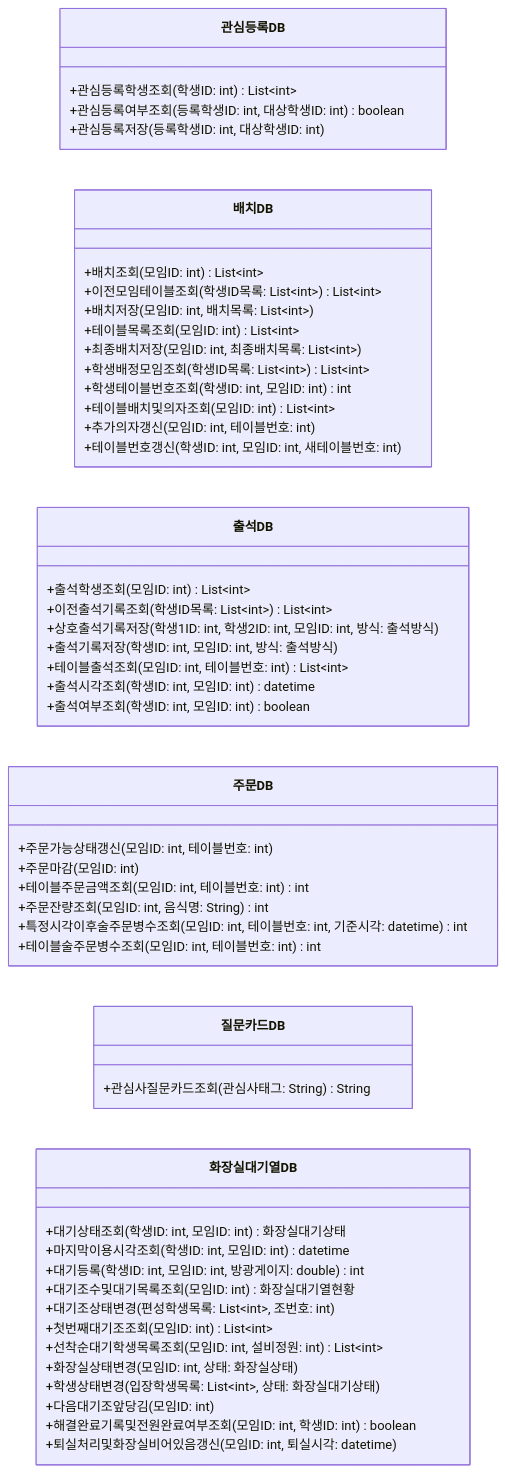
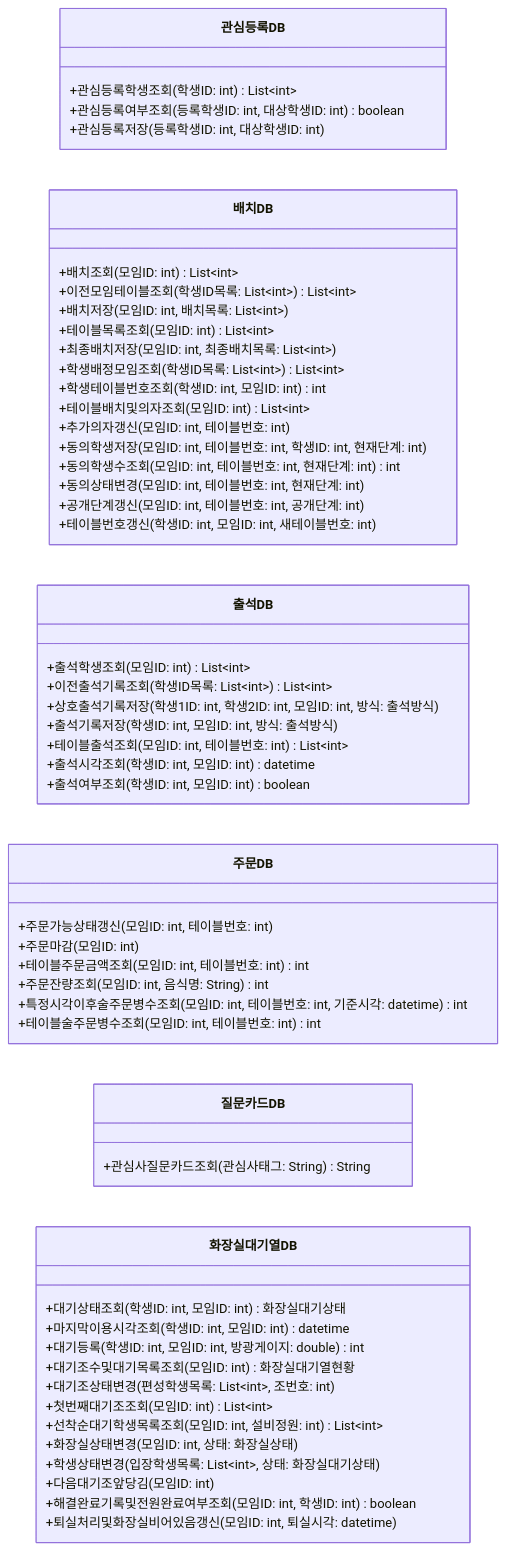
Before and after one commit to hojae3/sw-engineering-16: the tenth of 14 diagrams in class-diagram/class-diagram.md, drawn with Mermaid. The commit also changed other lines of this file and 8 other files, not shown here.

````diff
--- a/class-diagram/class-diagram.md
+++ b/class-diagram/class-diagram.md
@@ -713,55 +712,59 @@
 ```mermaid
 classDiagram
     direction LR
     class InterestRegistrationDB["관심등록DB"] {
         +관심등록학생조회(학생ID: int) List~int~
         +관심등록여부조회(등록학생ID: int, 대상학생ID: int) boolean
         +관심등록저장(등록학생ID: int, 대상학생ID: int)
     }
     class ArrangementDB["배치DB"] {
         +배치조회(모임ID: int) List~int~
         +이전모임테이블조회(학생ID목록: List~int~) List~int~
         +배치저장(모임ID: int, 배치목록: List~int~)
         +테이블목록조회(모임ID: int) List~int~
         +최종배치저장(모임ID: int, 최종배치목록: List~int~)
         +학생배정모임조회(학생ID목록: List~int~) List~int~
         +학생테이블번호조회(학생ID: int, 모임ID: int) int
         +테이블배치및의자조회(모임ID: int) List~int~
         +추가의자갱신(모임ID: int, 테이블번호: int)
+        +동의학생저장(모임ID: int, 테이블번호: int, 학생ID: int, 현재단계: int)
+        +동의학생수조회(모임ID: int, 테이블번호: int, 현재단계: int) int
+        +동의상태변경(모임ID: int, 테이블번호: int, 현재단계: int)
+        +공개단계갱신(모임ID: int, 테이블번호: int, 공개단계: int)
         +테이블번호갱신(학생ID: int, 모임ID: int, 새테이블번호: int)
     }
     class AttendanceDB["출석DB"] {
         +출석학생조회(모임ID: int) List~int~
         +이전출석기록조회(학생ID목록: List~int~) List~int~
         +상호출석기록저장(학생1ID: int, 학생2ID: int, 모임ID: int, 방식: 출석방식)
         +출석기록저장(학생ID: int, 모임ID: int, 방식: 출석방식)
         +테이블출석조회(모임ID: int, 테이블번호: int) List~int~
         +출석시각조회(학생ID: int, 모임ID: int) datetime
         +출석여부조회(학생ID: int, 모임ID: int) boolean
     }
     class OrderDB["주문DB"] {
         +주문가능상태갱신(모임ID: int, 테이블번호: int)
         +주문마감(모임ID: int)
         +테이블주문금액조회(모임ID: int, 테이블번호: int) int
         +주문잔량조회(모임ID: int, 음식명: String) int
         +특정시각이후술주문병수조회(모임ID: int, 테이블번호: int, 기준시각: datetime) int
         +테이블술주문병수조회(모임ID: int, 테이블번호: int) int
     }
     class QuestionCardDB["질문카드DB"] {
         +관심사질문카드조회(관심사태그: String) String
     }
     class ToiletQueueDB["화장실대기열DB"] {
         +대기상태조회(학생ID: int, 모임ID: int) 화장실대기상태
         +마지막이용시각조회(학생ID: int, 모임ID: int) datetime
         +대기등록(학생ID: int, 모임ID: int, 방광게이지: double) int
         +대기조수및대기목록조회(모임ID: int) 화장실대기열현황
         +대기조상태변경(편성학생목록: List~int~, 조번호: int)
         +첫번째대기조조회(모임ID: int) List~int~
         +선착순대기학생목록조회(모임ID: int, 설비정원: int) List~int~
         +화장실상태변경(모임ID: int, 상태: 화장실상태)
         +학생상태변경(입장학생목록: List~int~, 상태: 화장실대기상태)
         +다음대기조앞당김(모임ID: int)
         +해결완료기록및전원완료여부조회(모임ID: int, 학생ID: int) boolean
         +퇴실처리및화장실비어있음갱신(모임ID: int, 퇴실시각: datetime)
     }
 ```
````
